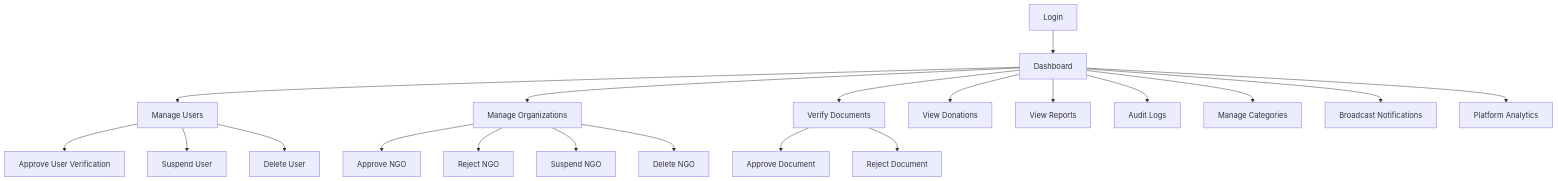
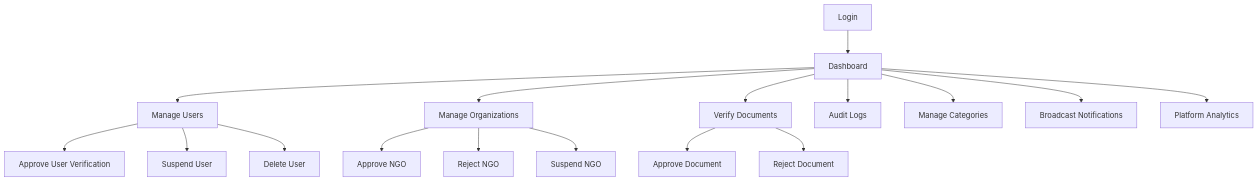
Before and after one commit to SinghAman21/nabhya: the diagram in docs/product/flows/superadmin.md, drawn with Mermaid. The commit also changed other lines of this file and 10 other files, not shown here.

````diff
--- a/docs/product/flows/superadmin.md
+++ b/docs/product/flows/superadmin.md
@@ -6,22 +6,19 @@
 ```mermaid
 flowchart TD
     A[Login] --> B[Dashboard]
     B --> C[Manage Users]
     C --> D[Approve User Verification]
     C --> E[Suspend User]
     C --> F[Delete User]
     B --> G[Manage Organizations]
     G --> H[Approve NGO]
     G --> I[Reject NGO]
     G --> J[Suspend NGO]
-    G --> K[Delete NGO]
     B --> L[Verify Documents]
     L --> M[Approve Document]
     L --> N[Reject Document]
-    B --> O[View Donations]
-    B --> P[View Reports]
     B --> Q[Audit Logs]
     B --> R[Manage Categories]
     B --> S[Broadcast Notifications]
     B --> T[Platform Analytics]
 ```
````
